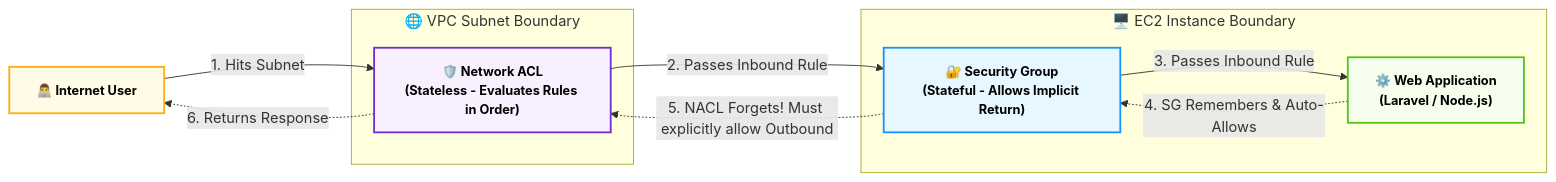
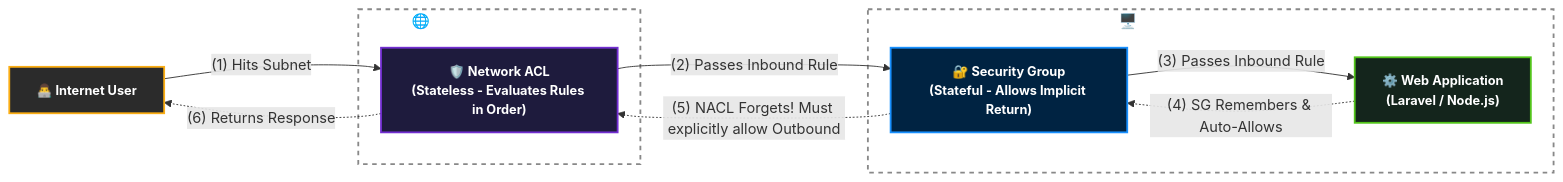
Diagram 29 of 48 in Domain 3.md (muhammad-khaled-tech/My-Study-Notes), drawn with Mermaid before and after one commit. The commit also changed 2 other files, not shown here.

Commit message:
vault backup: 2026-06-04 22:18:05

````diff
--- a/Domain 3.md
+++ b/Domain 3.md
@@ -3134,36 +3134,41 @@
 ```mermaid
 flowchart LR
+
     %% Global Styling
     classDef default font-weight:bold,font-size:14px,stroke-width:2px;
-    classDef user fill:#fffbe6,stroke:#faad14,color:#000;
-    classDef nacl fill:#f9f0ff,stroke:#722ed1,color:#000;
-    classDef sg fill:#e6f7ff,stroke:#1890ff,color:#000;
-    classDef app fill:#f6ffed,stroke:#52c41a,color:#000;
+
+    %% ستايلات الألوان الغامقة
+    classDef user fill:#2b2b2b,stroke:#faad14,color:#fff;
+    classDef nacl fill:#1e1b3d,stroke:#722ed1,color:#fff;
+    classDef sg fill:#002342,stroke:#1890ff,color:#fff;
+    classDef app fill:#14251c,stroke:#52c41a,color:#fff;
+    classDef boundary fill:transparent,stroke:#888,stroke-width:2px,stroke-dasharray: 5 5,color:#fff;
 
     User["👨‍💻 Internet User"]
 
     subgraph VPC_Subnet ["🌐 VPC Subnet Boundary"]
-        NACL["🛡️ Network ACL<br/>(Stateless - Evaluates Rules in Order)"]
-    end
-    
-    subgraph EC2_Boundary ["🖥️ EC2 Instance Boundary"]
-        SG["🔐 Security Group<br/>(Stateful - Allows Implicit Return)"]
-        App["⚙️ Web Application<br/>(Laravel / Node.js)"]
+        NACL["🛡️ Network ACL<br>(Stateless - Evaluates Rules in Order)"]
     end
 
-    %% Inbound Path
-    User -->|"1. Hits Subnet"| NACL
-    NACL -->|"2. Passes Inbound Rule"| SG
-    SG -->|"3. Passes Inbound Rule"| App
-    
-    %% Outbound Path (Return Traffic)
-    App -.->|"4. SG Remembers & Auto-Allows"| SG
-    SG -.->|"5. NACL Forgets! Must explicitly allow Outbound"| NACL
-    NACL -.->|"6. Returns Response"| User
+    subgraph EC2_Boundary ["🖥️ EC2 Instance Boundary"]
+        SG["🔐 Security Group<br>(Stateful - Allows Implicit Return)"]
+        App["⚙️ Web Application<br>(Laravel / Node.js)"]
+    end
+
+    %% Inbound Path - تم تصحيح الأرقام
+    User -->|"(1) Hits Subnet"| NACL
+    NACL -->|"(2) Passes Inbound Rule"| SG
+    SG -->|"(3) Passes Inbound Rule"| App
+
+    %% Outbound Path (Return Traffic) - تم تصحيح الأرقام
+    App -.->|"(4) SG Remembers & Auto-Allows"| SG
+    SG -.->|"(5) NACL Forgets! Must explicitly allow Outbound"| NACL
+    NACL -.->|"(6) Returns Response"| User
 
     %% Apply Classes
     class User user;
     class NACL nacl;
     class SG sg;
     class App app;
+    class VPC_Subnet,EC2_Boundary boundary;
 ```
````
